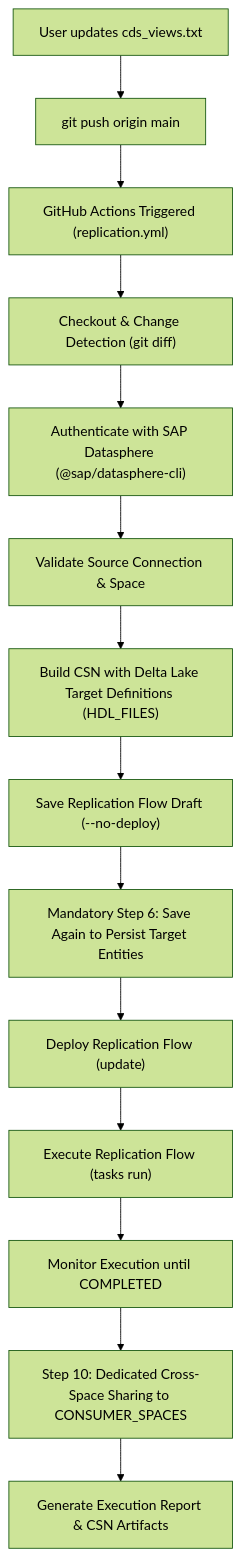
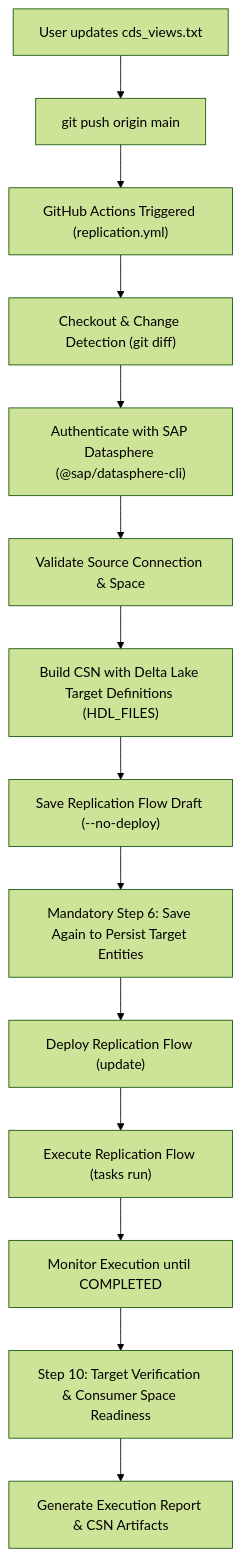
Before and after one commit to abtvenkat/GitDS-RF: the diagram in README.md, drawn with Mermaid (forest theme). The commit also changed other lines of this file and 1 other file, not shown here.

````diff
--- a/README.md
+++ b/README.md
@@ -9,16 +9,16 @@
 ```mermaid
 flowchart TD
     A["User updates cds_views.txt"] --> B["git push origin main"]
     B --> C["GitHub Actions Triggered (replication.yml)"]
     C --> D["Checkout & Change Detection (git diff)"]
     D --> E["Authenticate with SAP Datasphere (@sap/datasphere-cli)"]
     E --> F["Validate Source Connection & Space"]
     F --> G["Build CSN with Delta Lake Target Definitions (HDL_FILES)"]
     G --> H["Save Replication Flow Draft (--no-deploy)"]
     H --> I["Mandatory Step 6: Save Again to Persist Target Entities"]
     I --> J["Deploy Replication Flow (update)"]
     J --> K["Execute Replication Flow (tasks run)"]
     K --> L["Monitor Execution until COMPLETED"]
-    L --> M["Step 10: Dedicated Cross-Space Sharing to CONSUMER_SPACES"]
+    L --> M["Step 10: Target Verification & Consumer Space Readiness"]
     M --> N["Generate Execution Report & CSN Artifacts"]
 ```
````
